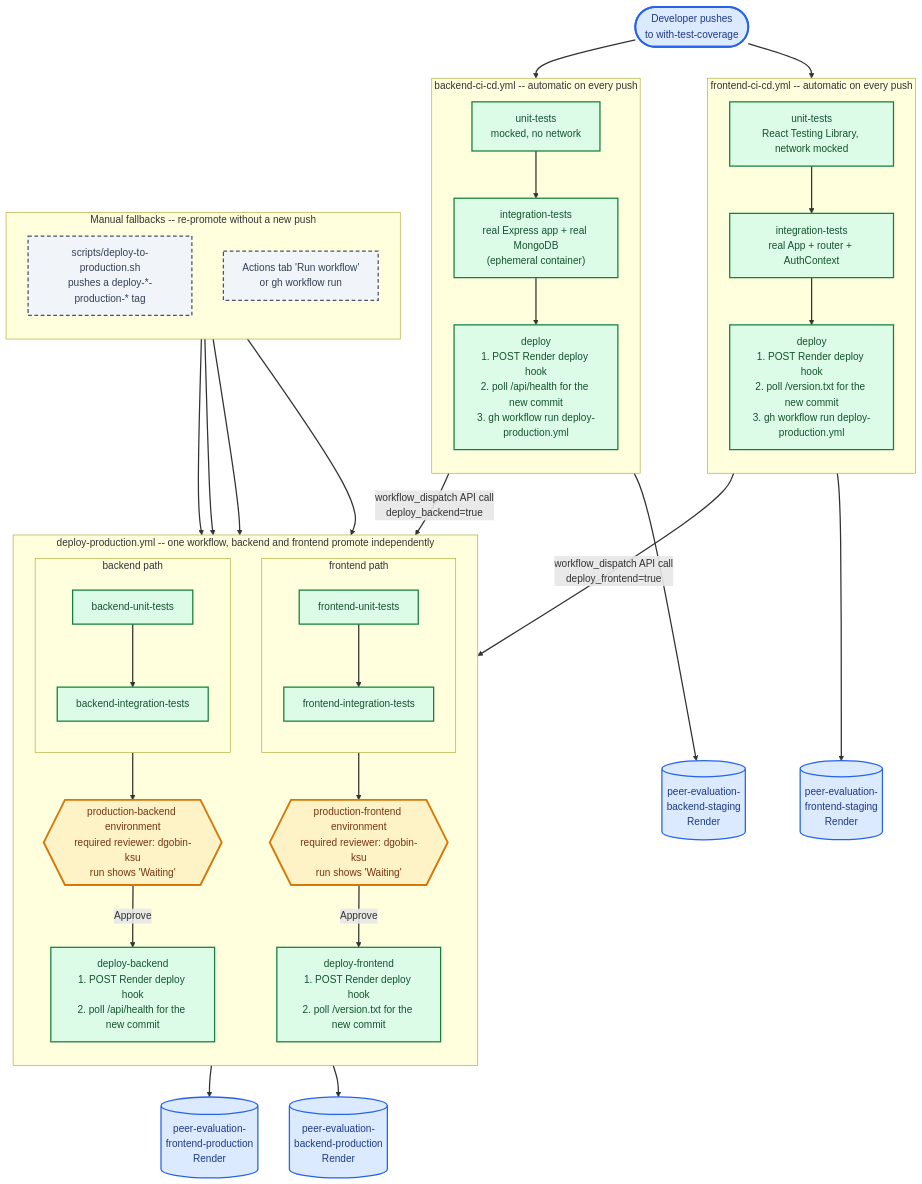
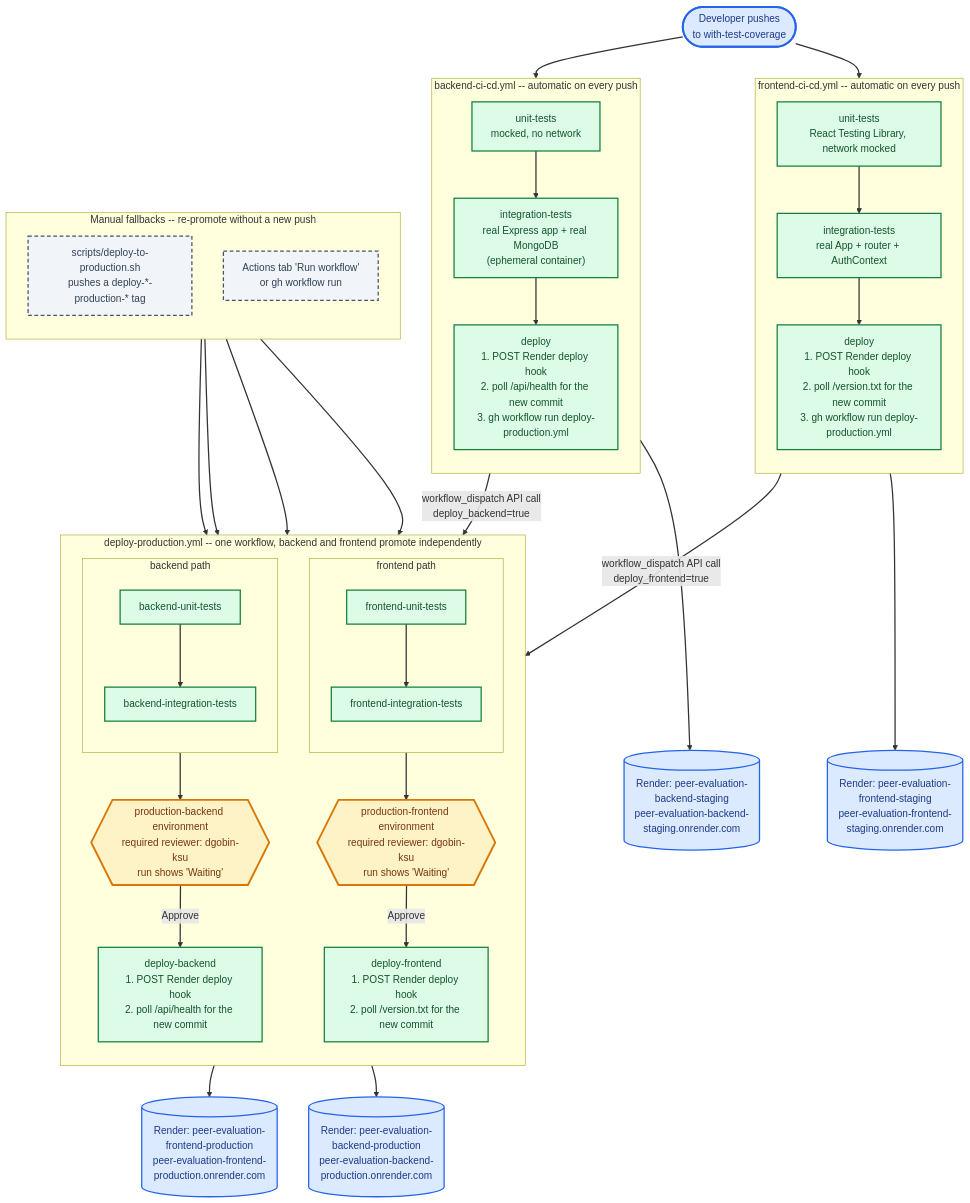
One commit to IT7993-FALL-2026-PEERS/ProjectPeerEvaluation changed the diagram in docs/architecture/ci-cd-pipeline.md. Above: the diagram before and after it, drawn with Mermaid. The commit also changed other lines of this file, not shown here.

Commit message:
Add staging/production URLs to the CI/CD diagram
A quick-reference table right after the intro, plus each Render service
node in the diagram now shows its actual URL and is clickable (mermaid
'click' directives) to open it directly.

````diff
--- a/docs/architecture/ci-cd-pipeline.md
+++ b/docs/architecture/ci-cd-pipeline.md
@@ -36,8 +41,8 @@
     DEV --> BE_UNIT
     DEV --> FE_UNIT
 
-    BE_DEPLOY --> BE_STG_SVC[("peer-evaluation-<br/>backend-staging<br/>Render")]
-    FE_DEPLOY --> FE_STG_SVC[("peer-evaluation-<br/>frontend-staging<br/>Render")]
+    BE_DEPLOY --> BE_STG_SVC[("Render: peer-evaluation-<br/>backend-staging<br/>peer-evaluation-backend-staging.onrender.com")]
+    FE_DEPLOY --> FE_STG_SVC[("Render: peer-evaluation-<br/>frontend-staging<br/>peer-evaluation-frontend-staging.onrender.com")]
 
     subgraph FALLBACK["Manual fallbacks -- re-promote without a new push"]
         direction TB
@@ -82,8 +87,8 @@
     BUTTON --> PBE_UNIT
     BUTTON --> PFE_UNIT
 
-    DEPLOY_BE --> BE_PROD_SVC[("peer-evaluation-<br/>backend-production<br/>Render")]
-    DEPLOY_FE --> FE_PROD_SVC[("peer-evaluation-<br/>frontend-production<br/>Render")]
+    DEPLOY_BE --> BE_PROD_SVC[("Render: peer-evaluation-<br/>backend-production<br/>peer-evaluation-backend-production.onrender.com")]
+    DEPLOY_FE --> FE_PROD_SVC[("Render: peer-evaluation-<br/>frontend-production<br/>peer-evaluation-frontend-production.onrender.com")]
 
     classDef auto fill:#dcfce7,stroke:#15803d,color:#14532d,stroke-width:2px
     classDef gate fill:#fef3c7,stroke:#d97706,color:#78350f,stroke-width:3px
@@ -97,4 +102,9 @@
     class BE_STG_SVC,FE_STG_SVC,BE_PROD_SVC,FE_PROD_SVC service
     class DEV endpoint
     class TAG,BUTTON fallback
+
+    click BE_STG_SVC "https://peer-evaluation-backend-staging.onrender.com" "Open peer-evaluation-backend-staging" _blank
+    click FE_STG_SVC "https://peer-evaluation-frontend-staging.onrender.com" "Open peer-evaluation-frontend-staging" _blank
+    click BE_PROD_SVC "https://peer-evaluation-backend-production.onrender.com" "Open peer-evaluation-backend-production" _blank
+    click FE_PROD_SVC "https://peer-evaluation-frontend-production.onrender.com" "Open peer-evaluation-frontend-production" _blank
 ```
````
